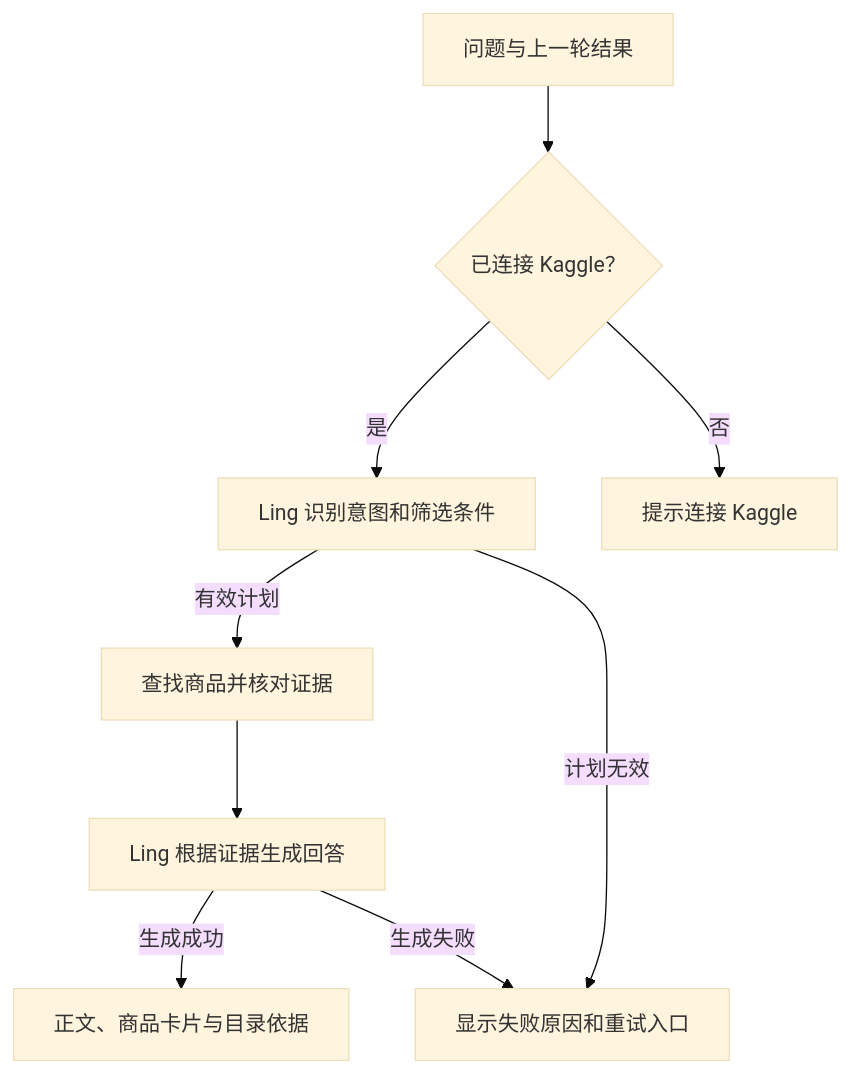
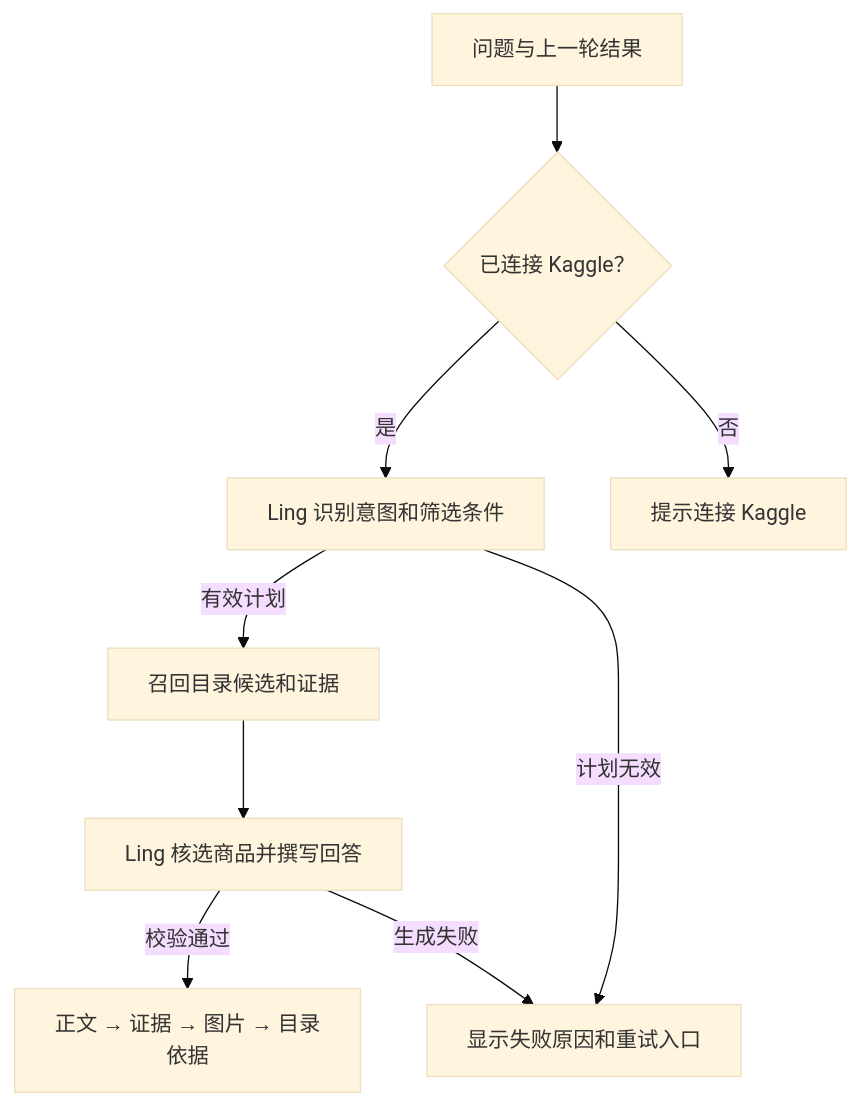
The diagram in README.md (AaronYue77/webshop-ling-rag), drawn with Mermaid (base theme) before and after one commit. The commit also changed other lines of this file and 12 other files, not shown here.

````diff
--- a/README.md
+++ b/README.md
@@ -60,11 +62,11 @@
 ```mermaid
 flowchart TD
   Q["问题与上一轮结果"] --> C{"已连接 Kaggle？"}
   C -->|是| L["Ling 识别意图和筛选条件"]
   C -->|否| P["提示连接 Kaggle"]
-  L -->|有效计划| R["查找商品并核对证据"]
-  R --> G["Ling 根据证据生成回答"]
-  G -->|生成成功| A["正文、商品卡片与目录依据"]
+  L -->|有效计划| R["召回目录候选和证据"]
+  R --> G["Ling 核选商品并撰写回答"]
+  G -->|校验通过| A["正文 → 证据 → 图片 → 目录依据"]
   L -->|计划无效| F["显示失败原因和重试入口"]
   G -->|生成失败| F
 ```
````
